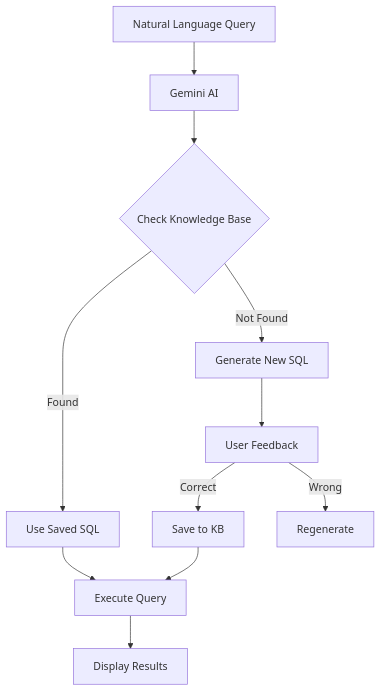
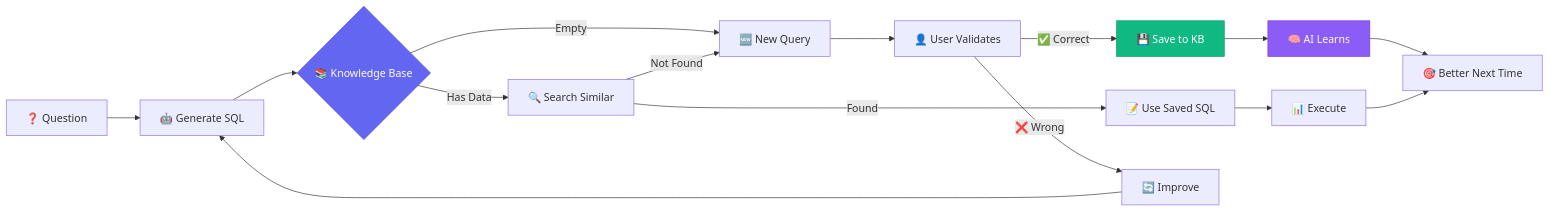
The sixth of 16 diagrams in README.md (SkastVnT/AI-Assistant), drawn with Mermaid before and after one commit. The commit also changed other lines of this file and 57 other files, not shown here.

````diff
--- a/README.md
+++ b/README.md
@@ -176,13 +444,21 @@
 ```mermaid
-graph TD
-    A[ Natural Language Query] --> B[ Gemini AI]
-    B --> C{ Check Knowledge Base}
-    C -->|Found| D[ Use Saved SQL]
-    C -->|Not Found| E[ Generate New SQL]
-    E --> F[ User Feedback]
-    F -->|Correct| G[ Save to KB]
-    F -->|Wrong| H[ Regenerate]
-    D --> I[ Execute Query]
-    G --> I
-    I --> J[ Display Results]
+graph LR
+    A[❓ Question] --> B[🤖 Generate SQL]
+    B --> C{📚 Knowledge Base}
+    C -->|Empty| D[🆕 New Query]
+    C -->|Has Data| E[🔍 Search Similar]
+    E -->|Found| F[📝 Use Saved SQL]
+    E -->|Not Found| D
+    D --> G[👤 User Validates]
+    G -->|✅ Correct| H[💾 Save to KB]
+    G -->|❌ Wrong| I[🔄 Improve]
+    H --> J[🧠 AI Learns]
+    F --> K[📊 Execute]
+    I --> B
+    J --> L[🎯 Better Next Time]
+    K --> L
+    
+    style C fill:#6366F1,stroke:#4F46E5,color:#fff
+    style H fill:#10B981,stroke:#059669,color:#fff
+    style J fill:#8B5CF6,stroke:#7C3AED,color:#fff
 ```
````
